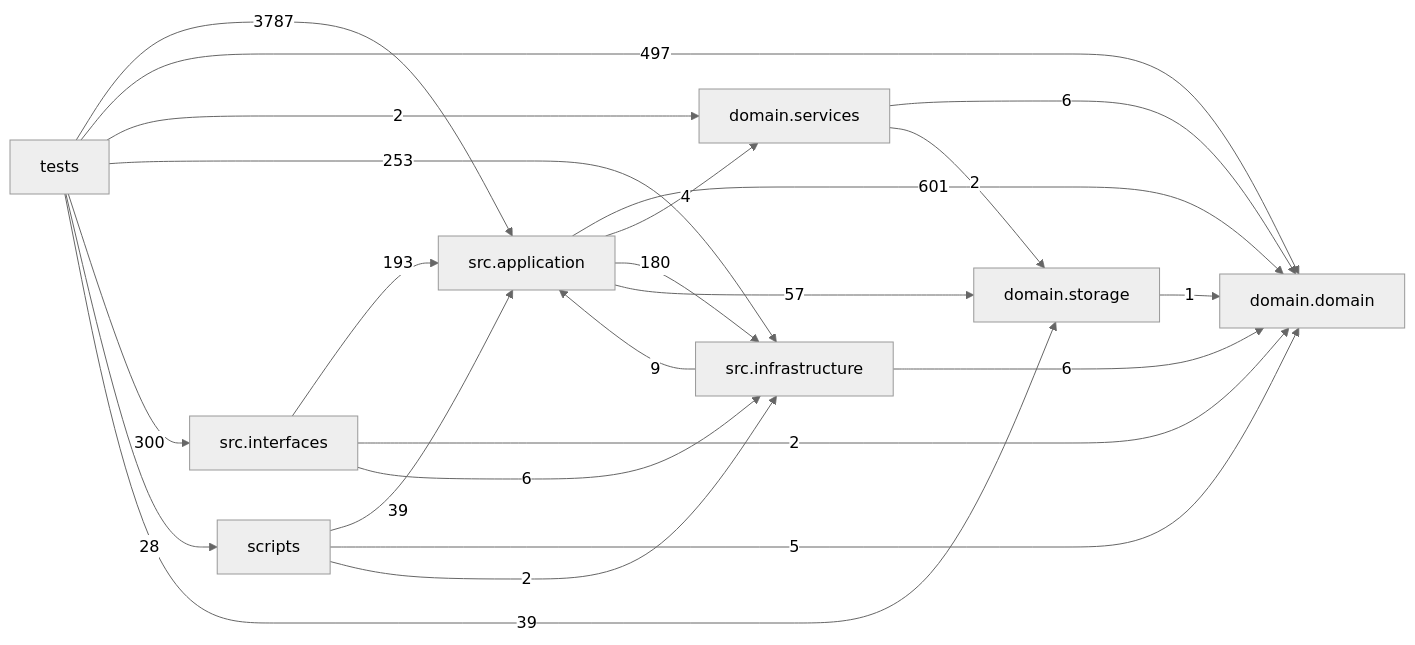
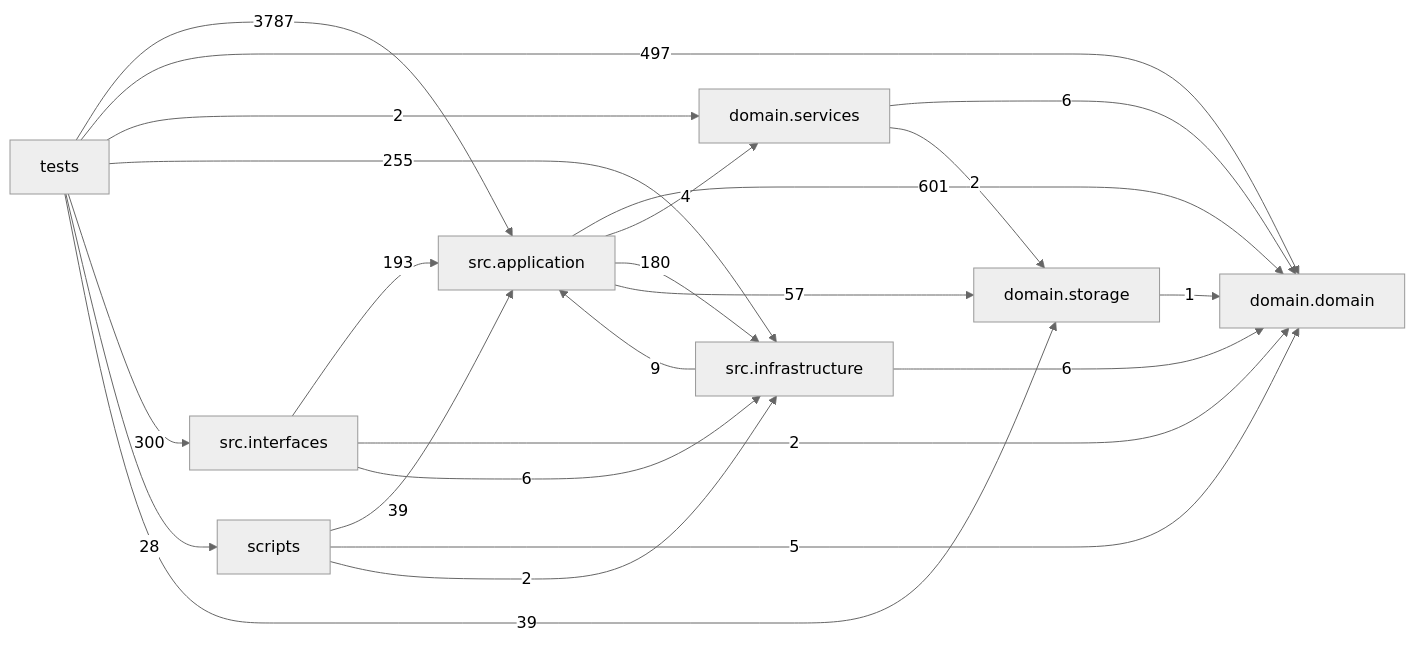
Before and after one commit to liuxie066/options-monitor: the diagram in docs/DEPENDENCY_GRAPH.md, drawn with Mermaid (neutral theme). The commit also changed other lines of this file, not shown here.

Commit message:
docs(fx): refresh dependency graph after fixture update

````diff
--- a/docs/DEPENDENCY_GRAPH.md
+++ b/docs/DEPENDENCY_GRAPH.md
@@ -24,33 +24,33 @@
 ```mermaid
 flowchart LR
   tests["tests"]
   scripts["scripts"]
   interfaces["src.interfaces"]
   application["src.application"]
   infrastructure["src.infrastructure"]
   domain_services["domain.services"]
   domain["domain.domain"]
   storage["domain.storage"]
   application -->|601| domain
   application -->|4| domain_services
   application -->|180| infrastructure
   application -->|57| storage
   domain_services -->|6| domain
   domain_services -->|2| storage
   infrastructure -->|9| application
   infrastructure -->|6| domain
   interfaces -->|193| application
   interfaces -->|2| domain
   interfaces -->|6| infrastructure
   scripts -->|39| application
   scripts -->|5| domain
   scripts -->|2| infrastructure
   storage -->|1| domain
   tests -->|3787| application
   tests -->|497| domain
   tests -->|2| domain_services
-  tests -->|253| infrastructure
+  tests -->|255| infrastructure
   tests -->|300| interfaces
   tests -->|28| scripts
   tests -->|39| storage
 ```
````
